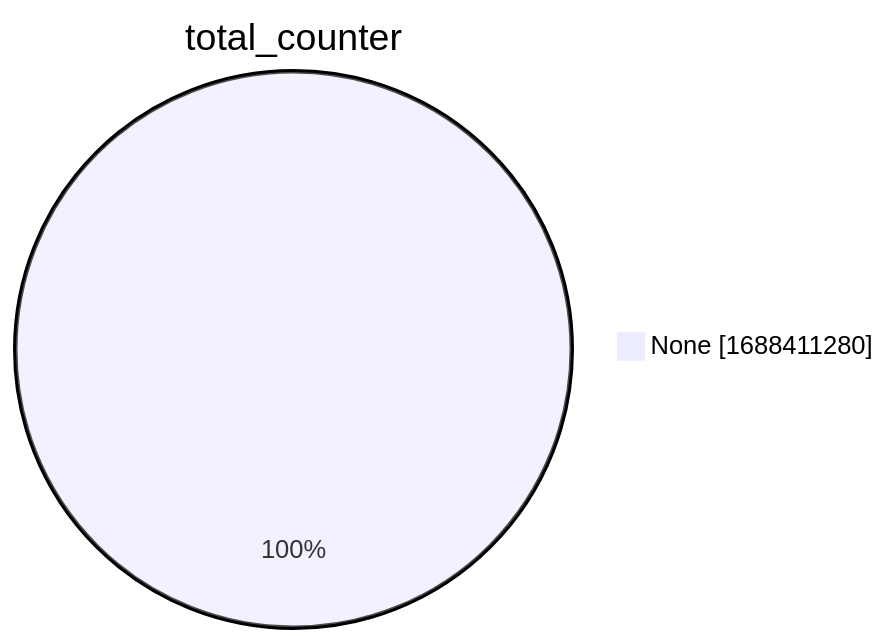
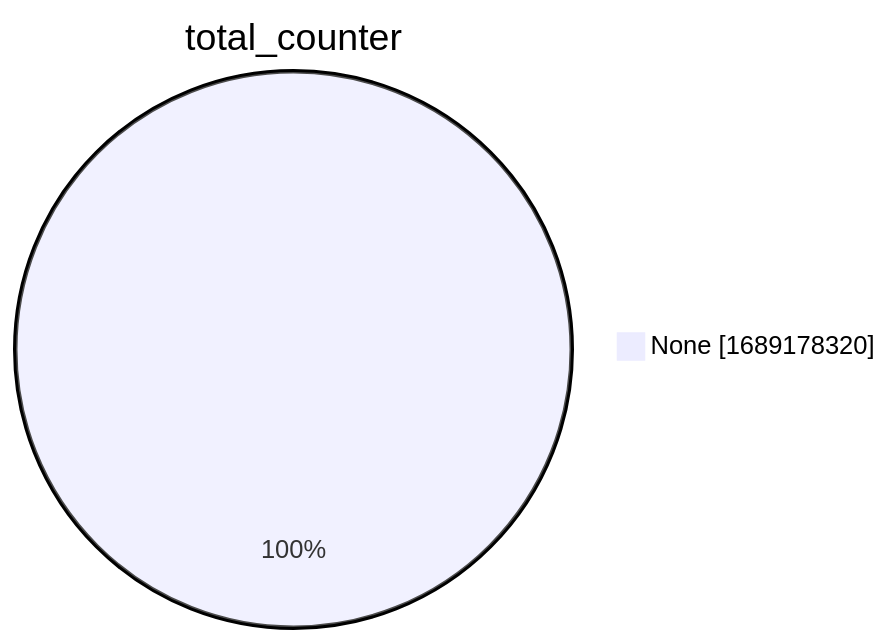
Before and after one commit to christiankrug/ctmonitor_visualization: the second of 15 diagrams in xenon2022/README.md, drawn with Mermaid. The commit also changed other lines of this file, not shown here.

````diff
--- a/xenon2022/README.md
+++ b/xenon2022/README.md
@@ -9,5 +9,5 @@
 ```mermaid
 pie showData
 title total_counter
-"None" :1688411280
+"None" :1689178320
 ```
````
